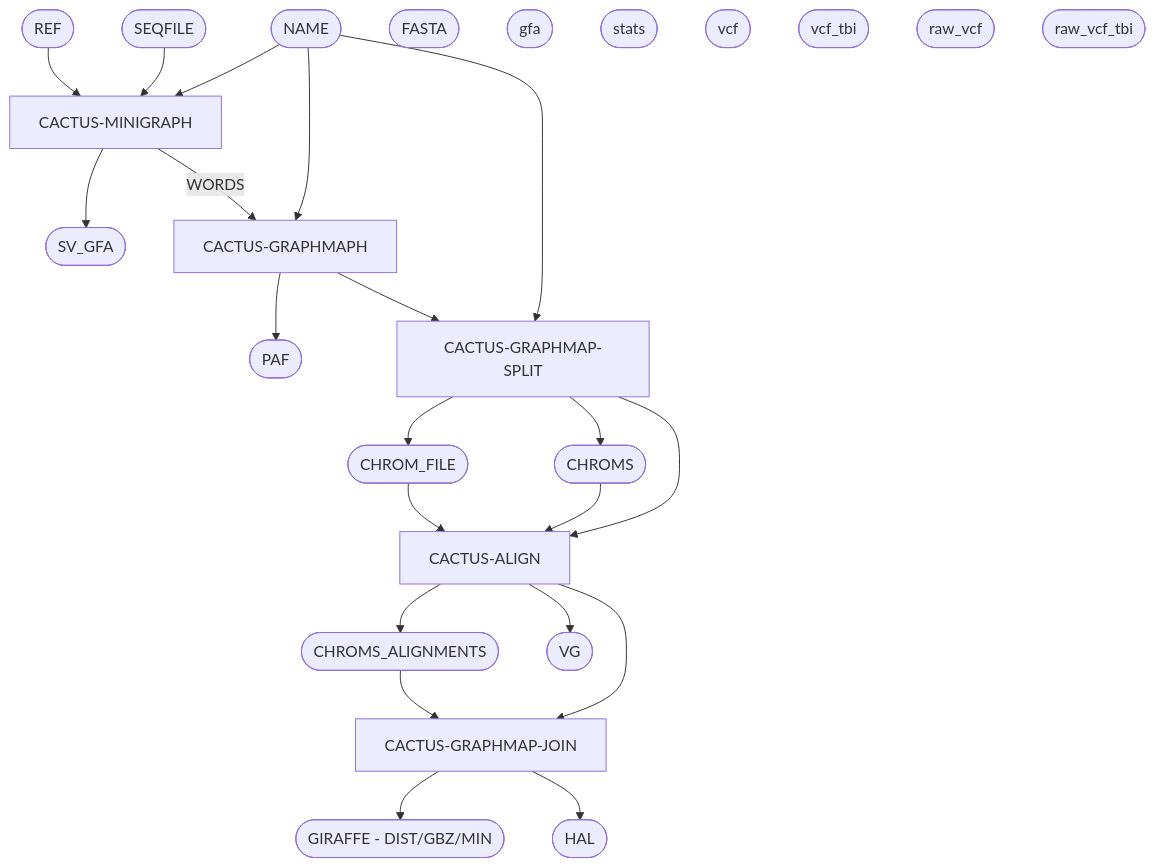
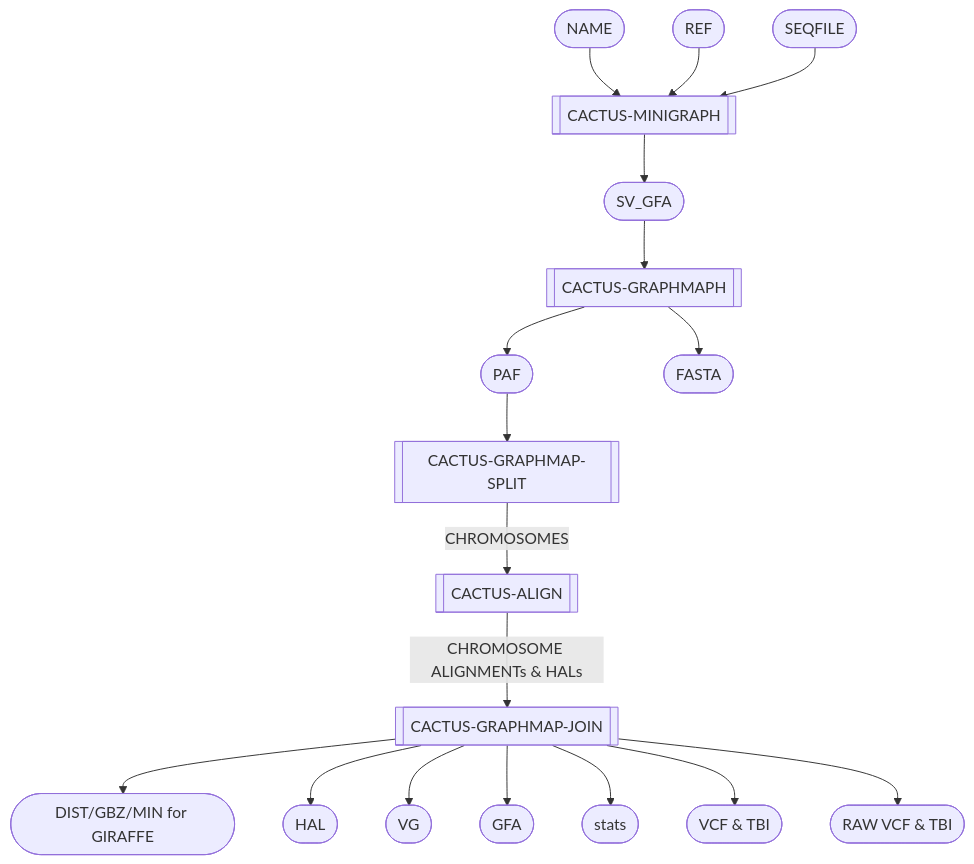
Before and after one commit to genome/cig-pipelines: the diagram in wdl/pipelines/pangenome/mcgb.doc.md, drawn with Mermaid.

````diff
--- a/wdl/pipelines/pangenome/mcgb.doc.md
+++ b/wdl/pipelines/pangenome/mcgb.doc.md
@@ -7,39 +7,30 @@
 ```mermaid
   flowchart TB;
       i1([NAME]);
       i2([REF]);
       i3([SEQFILE])
 
-      s1[CACTUS-MINIGRAPH];
-      s2[CACTUS-GRAPHMAPH];
-      s3[CACTUS-GRAPHMAP-SPLIT];
-      s4[CACTUS-ALIGN];
-      s5[CACTUS-GRAPHMAP-JOIN];
+      s1[[CACTUS-MINIGRAPH]];
+      s2[[CACTUS-GRAPHMAPH]];
+      s3[[CACTUS-GRAPHMAP-SPLIT]];
+      s4[[CACTUS-ALIGN]];
+      s5[[CACTUS-GRAPHMAP-JOIN]];
 
       o11([SV_GFA])
       o21([PAF])
       o22([FASTA])
-      o31([CHROM_FILE])
-      o32([CHROMS])
-      o41([CHROMS_ALIGNMENTS])
-      o42([VG])
-      o51([GIRAFFE - DIST/GBZ/MIN])
+      o51([DIST/GBZ/MIN for GIRAFFE])
       o52([HAL])
-
-      o01([gfa])
-      o03([stats])
-      o04([vcf])
-      o05([vcf_tbi])
-      o06([raw_vcf])
-      o07([raw_vcf_tbi])
+      o53([VG])
+      o54([GFA])
+      o55([stats])
+      o56([VCF & TBI])
+      o57([RAW VCF & TBI])
 
       i1-->s1; i2-->s1; i3-->s1; s1-->o11;
-      s1--WORDS-->s2;
-      i1-->s2; s2-->o21;
-      s2-->s3;
-      i1-->s3; s3-->o31; s3-->o32
-      s3-->s4;
-      o31-->s4; o32-->s4; s4-->o41; s4-->o42;
-      s4-->s5;
-      o41-->s5; s5-->o51; s5-->o52
+      o11-->s2; s2-->o21; s2-->o22;
+      o21-->s3;
+      s3--CHROMOSOMES-->s4;
+      s4--CHROMOSOME ALIGNMENTs & HALs -->s5;
+      s5-->o51; s5-->o52; s5-->o53; s5-->o54; s5-->o55; s5-->o56; s5-->o57
 ```
````
